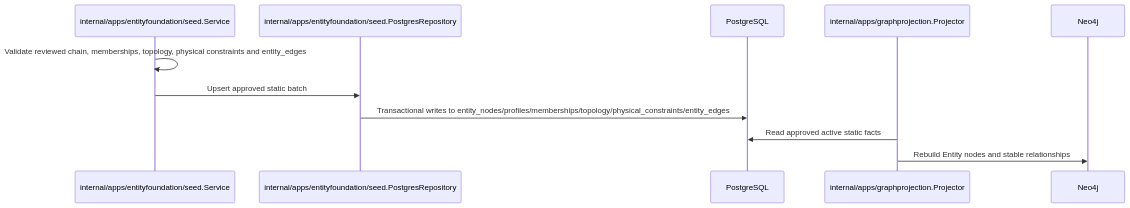
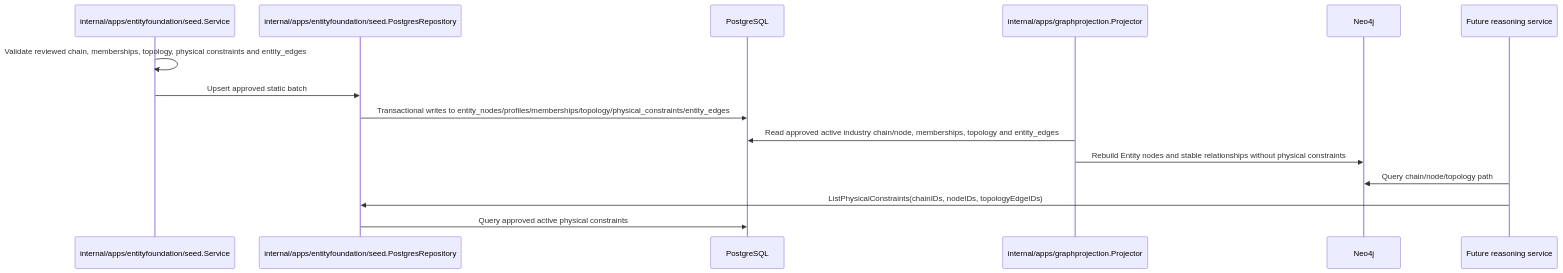
The first of 2 diagrams in openspec/changes/add-industry-chain-node-foundation/design.md (meierlink88/tidewise-ai), drawn with Mermaid before and after one commit. The commit also changed other lines of this file and 6 other files, not shown here.

Commit message:
spec: resolve industry chain review

````diff
--- a/openspec/changes/add-industry-chain-node-foundation/design.md
+++ b/openspec/changes/add-industry-chain-node-foundation/design.md
@@ -171,14 +172,18 @@
 ```mermaid
 sequenceDiagram
     participant Seed as internal/apps/entityfoundation/seed.Service
     participant Repo as internal/apps/entityfoundation/seed.PostgresRepository
     participant PG as PostgreSQL
     participant Projector as internal/apps/graphprojection.Projector
     participant Neo4j as Neo4j
+    participant Reasoner as Future reasoning service
 
     Seed->>Seed: Validate reviewed chain, memberships, topology, physical constraints and entity_edges
     Seed->>Repo: Upsert approved static batch
     Repo->>PG: Transactional writes to entity_nodes/profiles/memberships/topology/physical_constraints/entity_edges
-    Projector->>PG: Read approved active static facts
-    Projector->>Neo4j: Rebuild Entity nodes and stable relationships
+    Projector->>PG: Read approved active industry chain/node, memberships, topology and entity_edges
+    Projector->>Neo4j: Rebuild Entity nodes and stable relationships without physical constraints
+    Reasoner->>Neo4j: Query chain/node/topology path
+    Reasoner->>Repo: ListPhysicalConstraints(chainIDs, nodeIDs, topologyEdgeIDs)
+    Repo->>PG: Query approved active physical constraints
 ```
````
